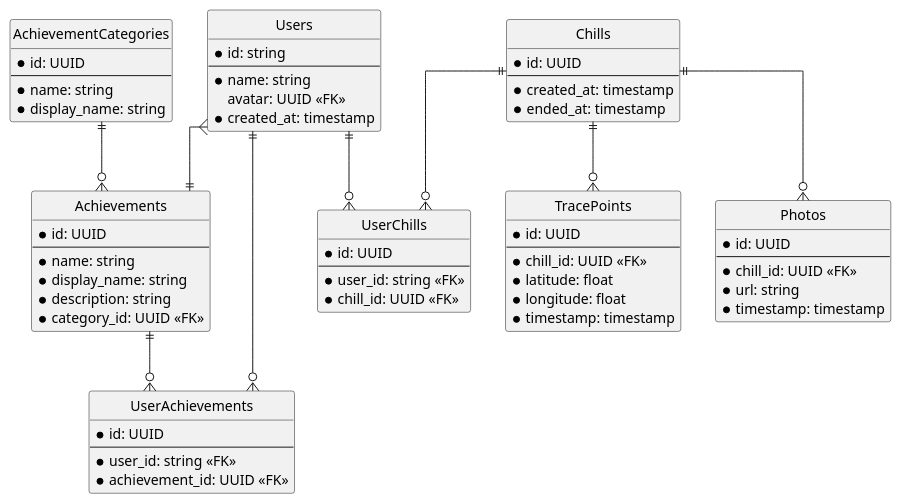
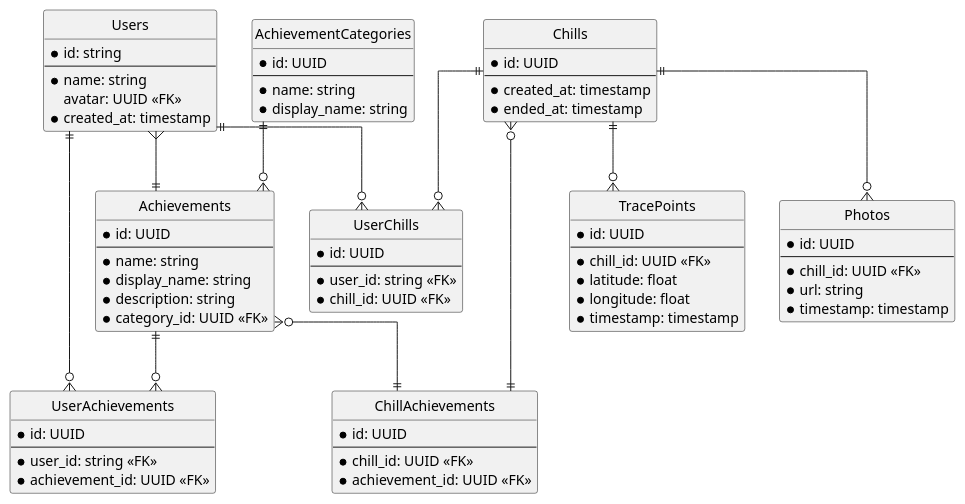
The diagram in docs/diagram/er_chilly_daze.pu (panna-cotta-2023/chilly-daze-gateway), drawn with PlantUML before and after one commit. The commit also changed 1 other file, not shown here.

Commit message:
Update er

```diff
--- a/docs/diagram/er_chilly_daze.pu
+++ b/docs/diagram/er_chilly_daze.pu
@@ -1,81 +1,89 @@
 @startuml er_diagram
 
 ' hide the spot
 hide circle
 
 ' avoid problems with angled crows feed
 skinparam linetype ortho
 
 entity "Users" {
   * id: string
   --
   * name: string
   avatar: UUID <<FK>>
   * created_at: timestamp
 }
 
 entity "AchievementCategories" {
   * id: UUID
   --
   * name: string
   * display_name: string
 }
 
 entity "Achievements" {
   * id: UUID
   --
   *name: string
   *display_name: string
   *description: string
   *category_id: UUID <<FK>>
 }
 
 entity "UserAchievements" {
   * id: UUID
   --
   * user_id: string <<FK>>
   * achievement_id: UUID <<FK>>
 }
 
 entity "Chills" {
   * id: UUID
   --
   * created_at: timestamp
   * ended_at: timestamp
 }
 
 entity "UserChills" {
   * id: UUID
   --
   * user_id: string <<FK>>
   * chill_id: UUID <<FK>>
 }
 
+entity "ChillAchievements" {
+  * id: UUID
+  --
+  * chill_id: UUID <<FK>>
+  * achievement_id: UUID <<FK>>
+}
+
 entity "TracePoints" {
   * id: UUID
   --
   * chill_id: UUID <<FK>>
   * latitude: float
   * longitude: float
   * timestamp: timestamp
 }
 
 entity "Photos" {
   * id: UUID
   --
   * chill_id: UUID <<FK>>
   * url: string
   * timestamp: timestamp
 }
 
 Users ||--o{ UserAchievements
 Achievements ||--o{ UserAchievements
 Users ||--o{ UserChills
 Chills ||--o{ UserChills
 Chills ||--o{ TracePoints
 Chills ||--o{ Photos
 AchievementCategories ||--o{ Achievements
 Users }--|| Achievements
-
+Achievements }o--|| ChillAchievements
+Chills }o--|| ChillAchievements
 
 @enduml
```
